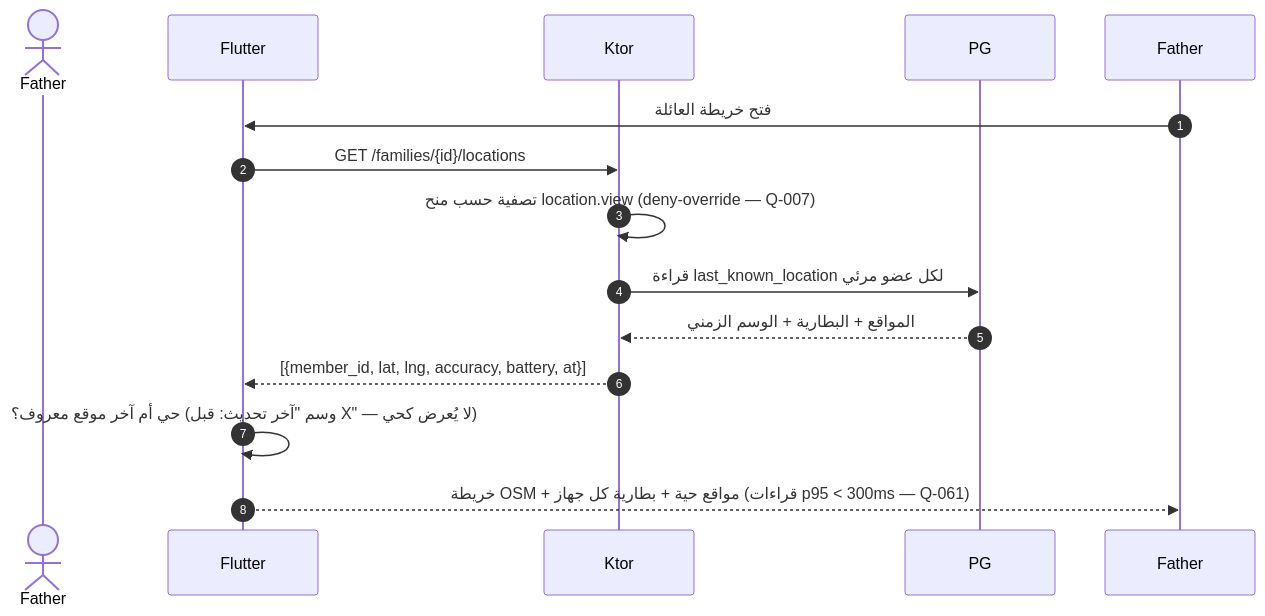
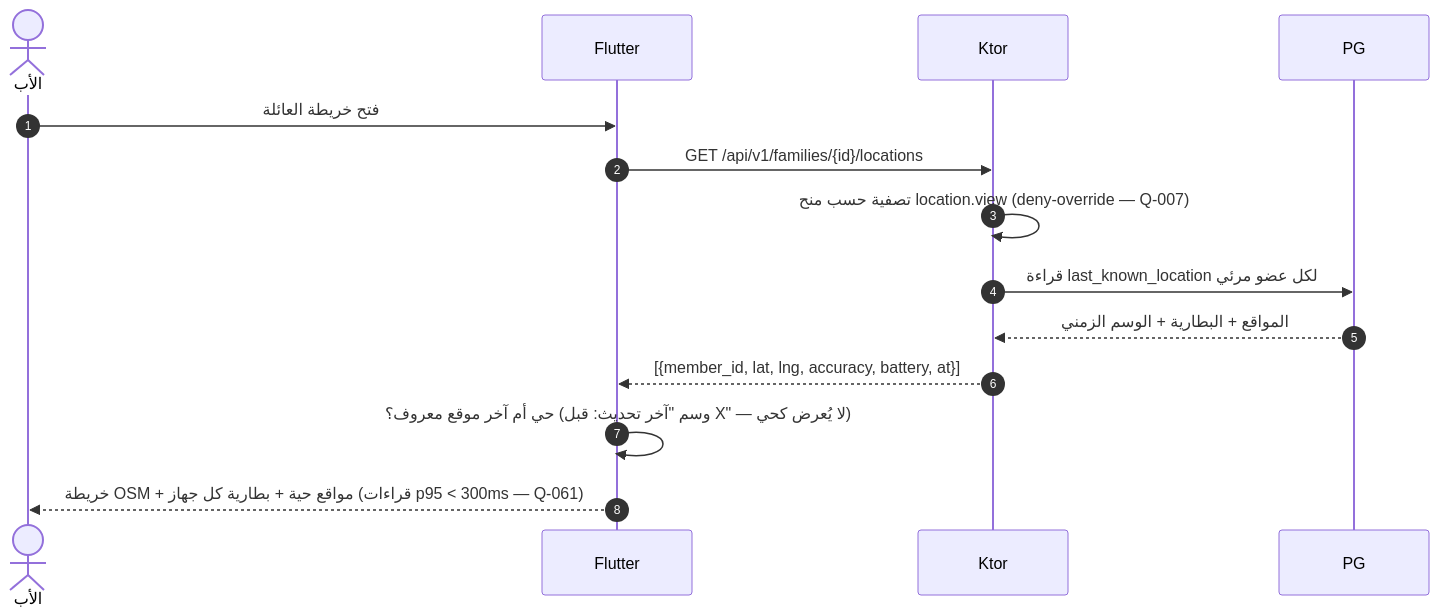
Before and after one commit to Bassam-mohammed-alqaeadi/family-os-v2: the fourth of 13 diagrams in docs/family-os/governance/phases/phase-1/S1-07-location-basic/DIAGRAMS.md, drawn with Mermaid. The commit also changed other lines of this file and 10 other files, not shown here.

Commit message:
إغلاق المراجعة الشاملة R1–R5 (Q-196…Q-231) — المخططات DIAGRAMS + خريطة السياق (2/4)

````diff
--- a/docs/family-os/governance/phases/phase-1/S1-07-location-basic/DIAGRAMS.md
+++ b/docs/family-os/governance/phases/phase-1/S1-07-location-basic/DIAGRAMS.md
@@ -175,16 +174,16 @@
 ```mermaid
 sequenceDiagram
     autonumber
-    actor الأب as Father
+    actor Father as الأب
     participant التطبيق as Flutter
     participant الخادم as Ktor
     participant المخزن as PG
     Father->>التطبيق: فتح خريطة العائلة
-    التطبيق->>الخادم: GET /families/{id}/locations
+    التطبيق->>الخادم: GET /api/v1/families/{id}/locations
     الخادم->>الخادم: تصفية حسب منح location.view (deny-override — Q-007)
     الخادم->>المخزن: قراءة last_known_location لكل عضو مرئي
     المخزن-->>الخادم: المواقع + البطارية + الوسم الزمني
     الخادم-->>التطبيق: [{member_id, lat, lng, accuracy, battery, at}]
     التطبيق->>التطبيق: حي أم آخر موقع معروف؟ (وسم "آخر تحديث: قبل X" — لا يُعرض كحي)
     التطبيق-->>Father: خريطة OSM + مواقع حية + بطارية كل جهاز (قراءات p95 < 300ms — Q-061)
 ```
````
